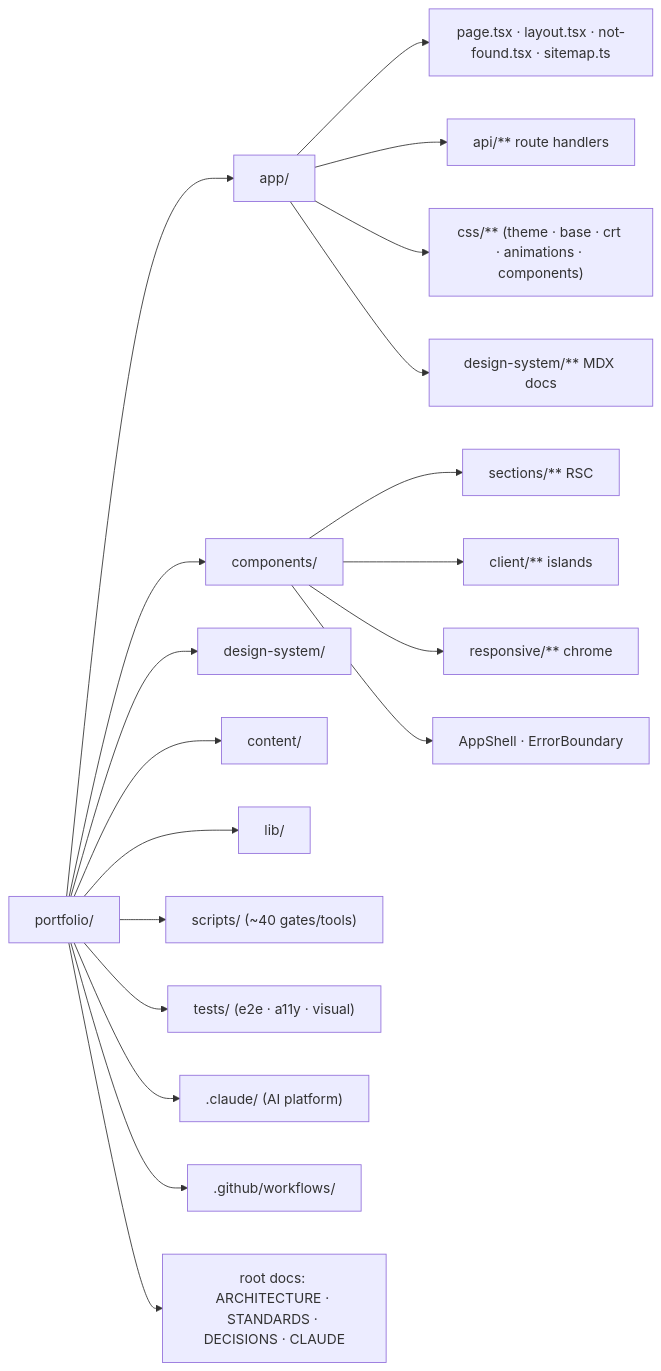
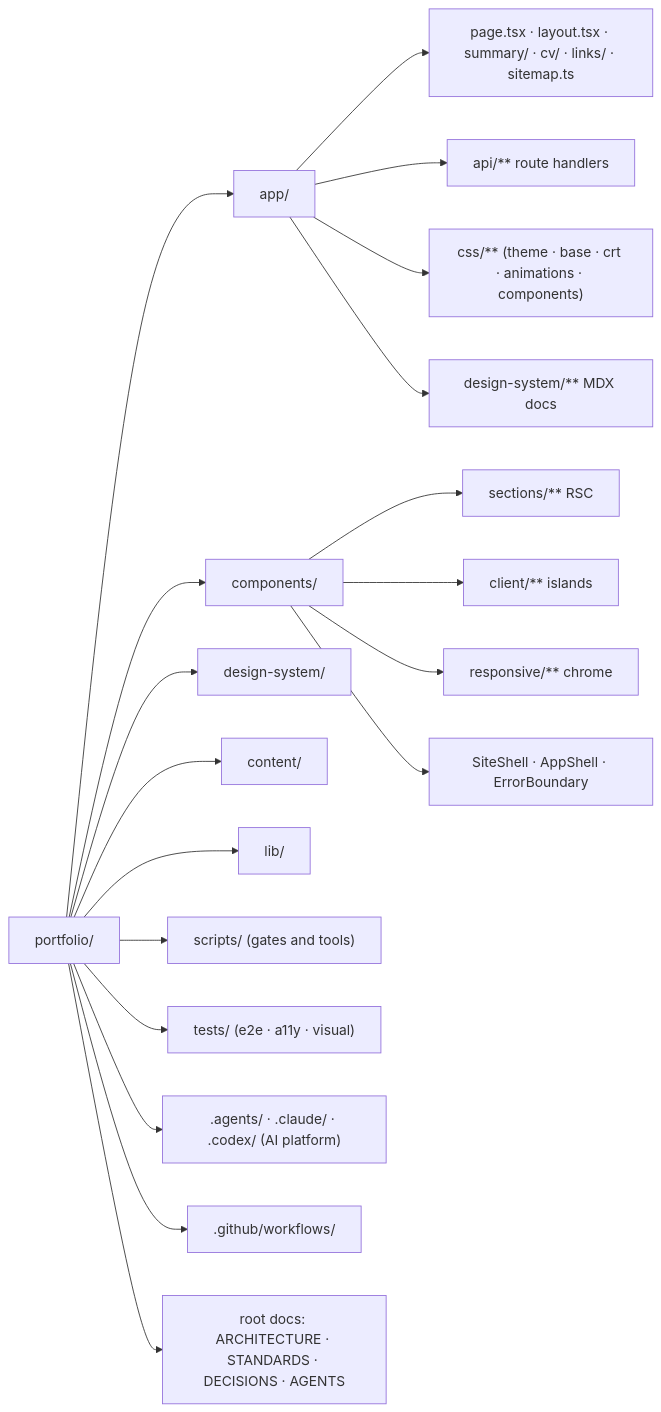
The second of 3 diagrams in docs/01-architecture.md (erikunha/portfolio), drawn with Mermaid before and after one commit. The commit also changed other lines of this file and 1307 other files, not shown here.

````diff
--- a/docs/01-architecture.md
+++ b/docs/01-architecture.md
@@ -67,23 +74,23 @@
 ```mermaid
 flowchart LR
     root["portfolio/"]
     root --> app["app/"]
     root --> comp["components/"]
     root --> dsx["design-system/"]
     root --> cont["content/"]
     root --> lib["lib/"]
-    root --> scr["scripts/ (~40 gates/tools)"]
+    root --> scr["scripts/ (gates and tools)"]
     root --> tst["tests/ (e2e · a11y · visual)"]
-    root --> cl[".claude/ (AI platform)"]
+    root --> cl[".agents/ · .claude/ · .codex/ (AI platform)"]
     root --> gh[".github/workflows/"]
-    root --> docs["root docs: ARCHITECTURE · STANDARDS · DECISIONS · CLAUDE"]
+    root --> docs["root docs: ARCHITECTURE · STANDARDS · DECISIONS · AGENTS"]
 
-    app --> a1["page.tsx · layout.tsx · not-found.tsx · sitemap.ts"]
+    app --> a1["page.tsx · layout.tsx · summary/ · cv/ · links/ · sitemap.ts"]
     app --> a2["api/** route handlers"]
     app --> a3["css/** (theme · base · crt · animations · components)"]
     app --> a4["design-system/** MDX docs"]
     comp --> c1["sections/** RSC"]
     comp --> c2["client/** islands"]
     comp --> c3["responsive/** chrome"]
-    comp --> c4["AppShell · ErrorBoundary"]
+    comp --> c4["SiteShell · AppShell · ErrorBoundary"]
 ```
````
